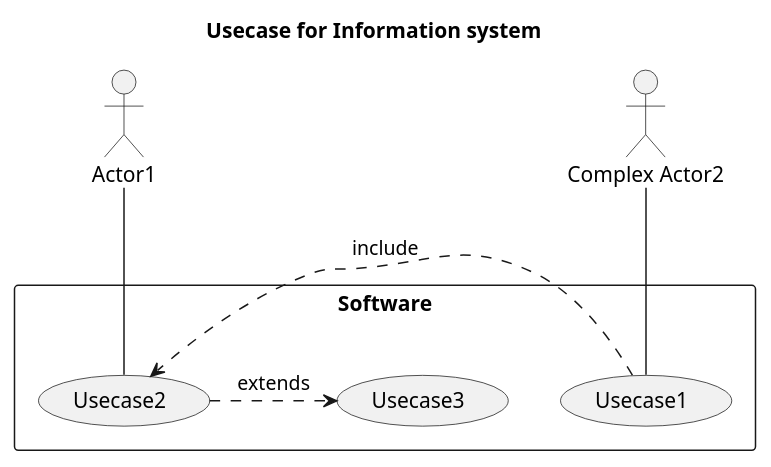
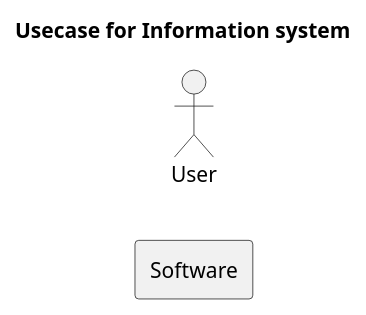
The diagram in 2-SoftwareDesign/2.7-PlantUML/UML- UseCase.puml (oleksandrblazhko/ai203-voyakovskij), drawn with PlantUML before and after one commit.

Commit message:
Update UML- UseCase.puml

```diff
--- a/2-SoftwareDesign/2.7-PlantUML/UML- UseCase.puml
+++ b/2-SoftwareDesign/2.7-PlantUML/UML- UseCase.puml
@@ -1,22 +1,8 @@
-@startuml
-
+@startuml 
 title Usecase for Information system
-
-' left to right direction
-
-actor Actor1
-actor :Complex Actor2:
-
+left to right direction
+skinparam packageStyle rect
+actor User
 rectangle Software {
-
-    usecase (Usecase1)
-    usecase (Usecase2)
-    usecase (Usecase3)
-
-   :Complex Actor2: -- (Usecase1)
-   (Usecase1) .> (Usecase2) : include
-   (Usecase2) .> (Usecase3) : extends
-   Actor1 -- (Usecase2)
 }
-
 @enduml
```
